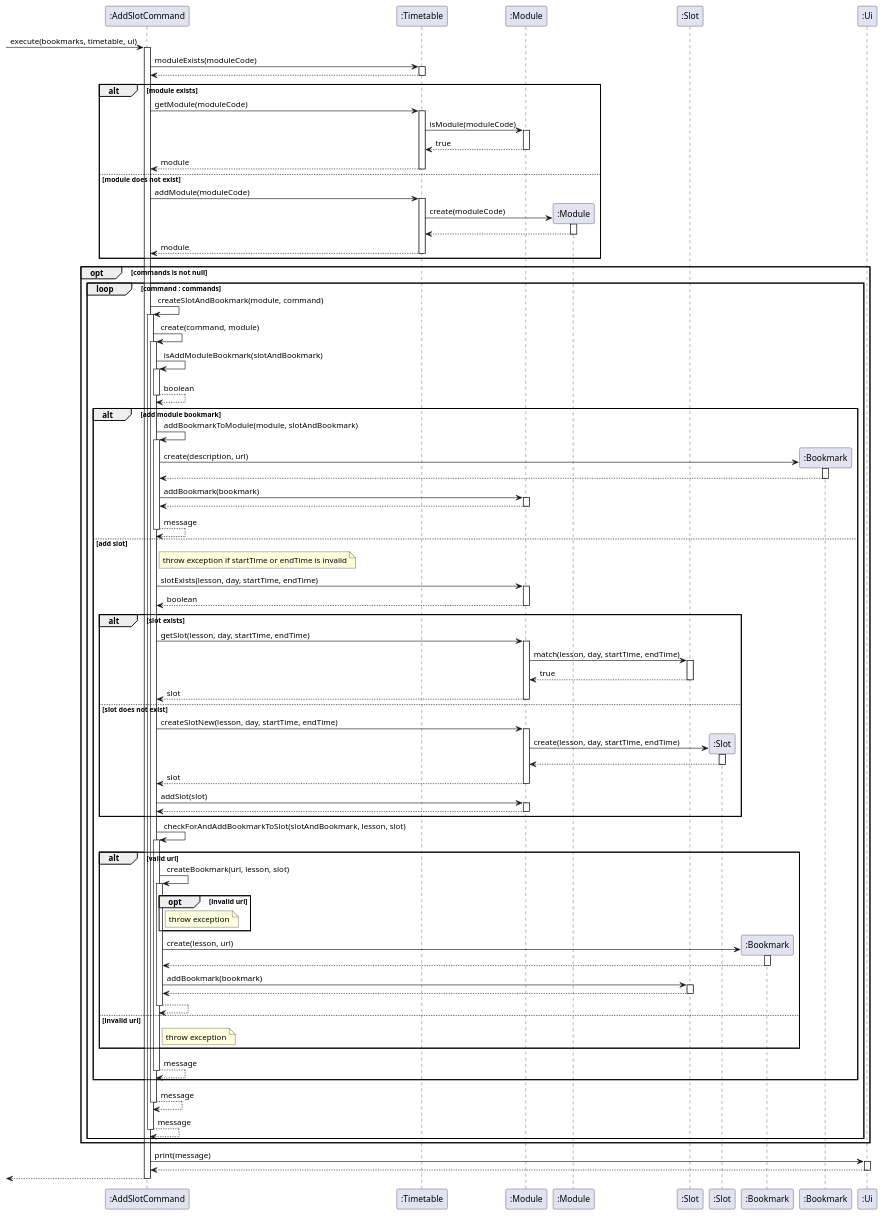
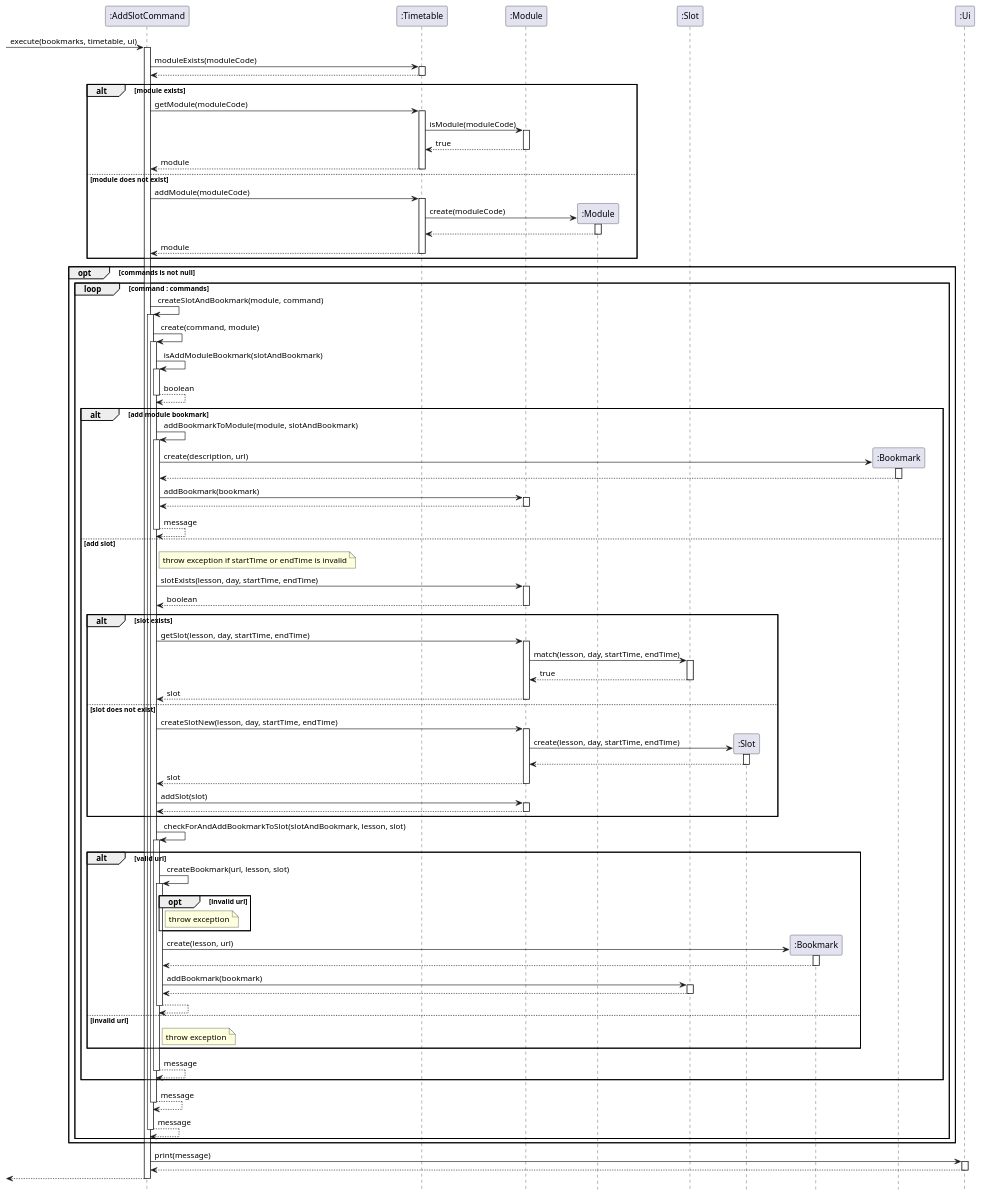
The diagram in docs/diagrams/addSlotSequenceDiagram.puml (nus-cs2113-AY2021S1/tp), drawn with PlantUML before and after one commit. The commit also changed 14 other files, not shown here.

```diff
--- a/docs/diagrams/addSlotSequenceDiagram.puml
+++ b/docs/diagrams/addSlotSequenceDiagram.puml
@@ -1,178 +1,180 @@
 @startuml
+hide footbox
+skinparam ParticipantPadding 20
 
 participant ":AddSlotCommand" as AddSlotCommand
 participant ":Timetable" as Timetable
 participant ":Module" as Module
 participant ":Module" as ModuleNew
 participant ":Slot" as Slot
 participant ":Slot" as SlotNew
 participant ":Bookmark" as BookmarkSlot
 participant ":Bookmark" as BookmarkModule
 participant ":Ui" as Ui
 
 
 
 
 [-> AddSlotCommand : execute(bookmarks, timetable, ui)
 activate AddSlotCommand
 
 AddSlotCommand -> Timetable : moduleExists(moduleCode)
 activate Timetable
 
 Timetable --> AddSlotCommand
 deactivate Timetable
 
 alt module exists
     AddSlotCommand -> Timetable : getModule(moduleCode)
     activate Timetable
 
     Timetable -> Module : isModule(moduleCode)
     activate Module
 
     Module --> Timetable : true
     deactivate Module
 
     Timetable --> AddSlotCommand : module
     deactivate Timetable
 
 else module does not exist
     AddSlotCommand -> Timetable : addModule(moduleCode)
     activate Timetable
 
     Timetable -> ModuleNew ** : create(moduleCode)
     activate ModuleNew
 
     ModuleNew --> Timetable
     deactivate ModuleNew
 
     Timetable --> AddSlotCommand : module
     deactivate Timetable
 end
 
 opt commands is not null
     loop command : commands
         AddSlotCommand -> AddSlotCommand : createSlotAndBookmark(module, command)
         activate AddSlotCommand
 
         AddSlotCommand -> AddSlotCommand : create(command, module)
         activate AddSlotCommand
 
         AddSlotCommand -> AddSlotCommand : isAddModuleBookmark(slotAndBookmark)
         activate AddSlotCommand
 
         AddSlotCommand --> AddSlotCommand : boolean
         deactivate AddSlotCommand
 
         alt add module bookmark
             AddSlotCommand -> AddSlotCommand : addBookmarkToModule(module, slotAndBookmark)
             activate AddSlotCommand
 
             AddSlotCommand -> BookmarkModule ** : create(description, url)
             activate BookmarkModule
 
             BookmarkModule --> AddSlotCommand
             deactivate BookmarkModule
 
             AddSlotCommand -> Module : addBookmark(bookmark)
             activate Module
 
             Module --> AddSlotCommand
             deactivate Module
 
             AddSlotCommand --> AddSlotCommand : message
             deactivate AddSlotCommand
         else add slot
 
             note right of AddSlotCommand : throw exception if startTime or endTime is invalid
 
             AddSlotCommand -> Module : slotExists(lesson, day, startTime, endTime)
             activate Module
 
             Module --> AddSlotCommand : boolean
             deactivate Module
 
             alt slot exists
                 AddSlotCommand -> Module : getSlot(lesson, day, startTime, endTime)
                 activate Module
 
                 Module -> Slot : match(lesson, day, startTime, endTime)
                 activate Slot
 
                 Slot --> Module : true
                 deactivate Slot
 
                 Module --> AddSlotCommand : slot
                 deactivate Module
             else slot does not exist
                 AddSlotCommand -> Module : createSlotNew(lesson, day, startTime, endTime)
                 activate Module
 
                 Module -> SlotNew ** : create(lesson, day, startTime, endTime)
                 activate SlotNew
 
                 SlotNew --> Module
                 deactivate SlotNew
 
                 Module --> AddSlotCommand : slot
                 deactivate Module
 
                 AddSlotCommand -> Module : addSlot(slot)
                 activate Module
 
                 Module --> AddSlotCommand
                 deactivate Module
             end
 
             AddSlotCommand -> AddSlotCommand : checkForAndAddBookmarkToSlot(slotAndBookmark, lesson, slot)
             activate AddSlotCommand
 
             alt valid url
                 AddSlotCommand -> AddSlotCommand : createBookmark(url, lesson, slot)
                 activate AddSlotCommand
 
                 opt invalid url
                     note right of AddSlotCommand : throw exception
                 end
 
                 AddSlotCommand -> BookmarkSlot ** : create(lesson, url)
                 activate BookmarkSlot
 
                 BookmarkSlot --> AddSlotCommand
                 deactivate BookmarkSlot
 
                 AddSlotCommand -> Slot : addBookmark(bookmark)
                 activate Slot
 
                 Slot --> AddSlotCommand
                 deactivate Slot
 
                 AddSlotCommand --> AddSlotCommand
                 deactivate AddSlotCommand
             else invalid url
                 note right of AddSlotCommand : throw exception
             end
 
             AddSlotCommand --> AddSlotCommand : message
             deactivate AddSlotCommand
         end
 
 
         AddSlotCommand --> AddSlotCommand : message
         deactivate AddSlotCommand
 
         AddSlotCommand --> AddSlotCommand : message
         deactivate AddSlotCommand
     end
 end
 
 
 AddSlotCommand -> Ui : print(message)
 activate Ui
 
 Ui --> AddSlotCommand
 deactivate Ui
 
 AddSlotCommand -->[
 deactivate AddSlotCommand
 
 @enduml
```
